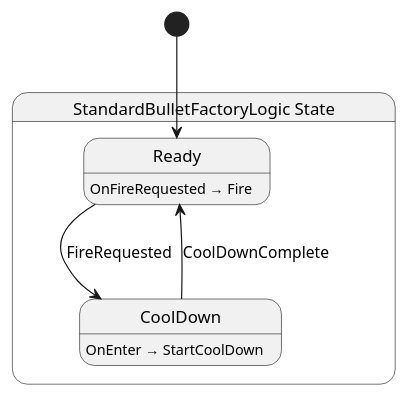
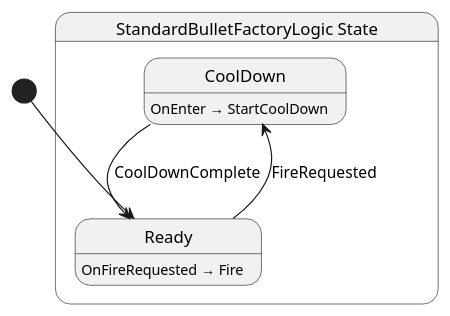
Before and after one commit to Ygoat/EternalJourney: the diagram in src/bullet_factory/abstract/state/StandardBulletFactoryLogic.g.puml, drawn with PlantUML. The commit also changed other lines of this file and 18 other files, not shown here.

```diff
--- a/src/bullet_factory/abstract/state/StandardBulletFactoryLogic.g.puml
+++ b/src/bullet_factory/abstract/state/StandardBulletFactoryLogic.g.puml
@@ -1,14 +1,14 @@
 @startuml StandardBulletFactoryLogic
 state "StandardBulletFactoryLogic State" as EternalJourney_Bullet_Abstract_State_StandardBulletFactoryLogic_State {
+  state "CoolDown" as EternalJourney_Bullet_Abstract_State_StandardBulletFactoryLogic_State_CoolDown
   state "Ready" as EternalJourney_Bullet_Abstract_State_StandardBulletFactoryLogic_State_Ready
-  state "CoolDown" as EternalJourney_Bullet_Abstract_State_StandardBulletFactoryLogic_State_CoolDown
 }
 
 EternalJourney_Bullet_Abstract_State_StandardBulletFactoryLogic_State_CoolDown --> EternalJourney_Bullet_Abstract_State_StandardBulletFactoryLogic_State_Ready : CoolDownComplete
 EternalJourney_Bullet_Abstract_State_StandardBulletFactoryLogic_State_Ready --> EternalJourney_Bullet_Abstract_State_StandardBulletFactoryLogic_State_CoolDown : FireRequested
 
 EternalJourney_Bullet_Abstract_State_StandardBulletFactoryLogic_State_CoolDown : OnEnter → StartCoolDown
 EternalJourney_Bullet_Abstract_State_StandardBulletFactoryLogic_State_Ready : OnFireRequested → Fire
 
 [*] --> EternalJourney_Bullet_Abstract_State_StandardBulletFactoryLogic_State_Ready
 @enduml
```
